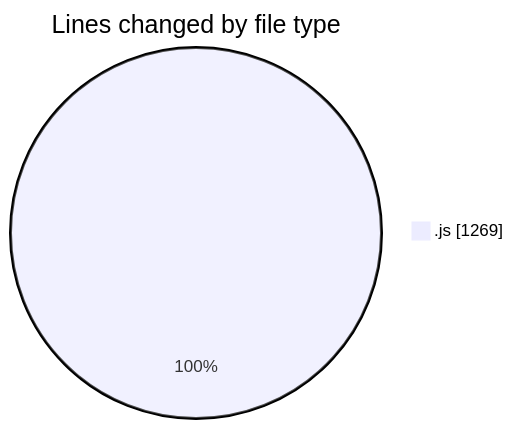
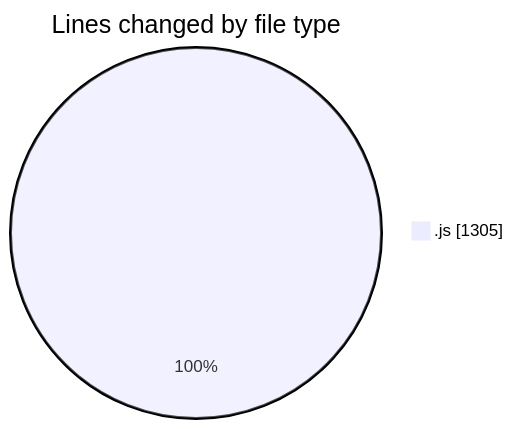
The first of 2 diagrams in 2025-12-29/nxtqube_webapp/README.md (nxtqubesakshisongat/code-tracking), drawn with Mermaid before and after one commit. The commit also changed other lines of this file and 1 other file, not shown here.

````diff
--- a/2025-12-29/nxtqube_webapp/README.md
+++ b/2025-12-29/nxtqube_webapp/README.md
@@ -21,5 +21,5 @@
 ```mermaid
 pie showData
 title Lines changed by file type
-".js" : 1269
+".js" : 1305
 ```
````
